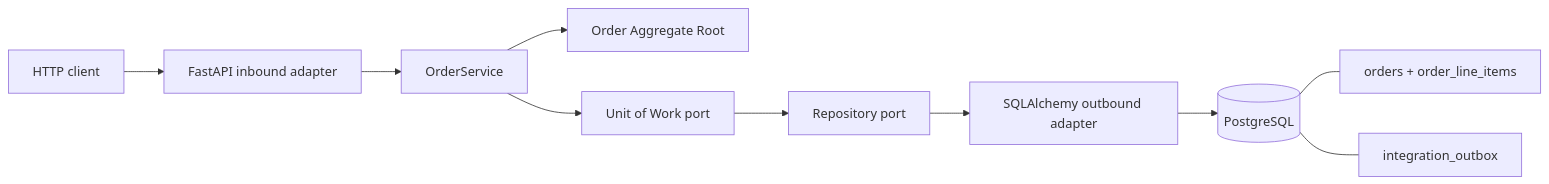
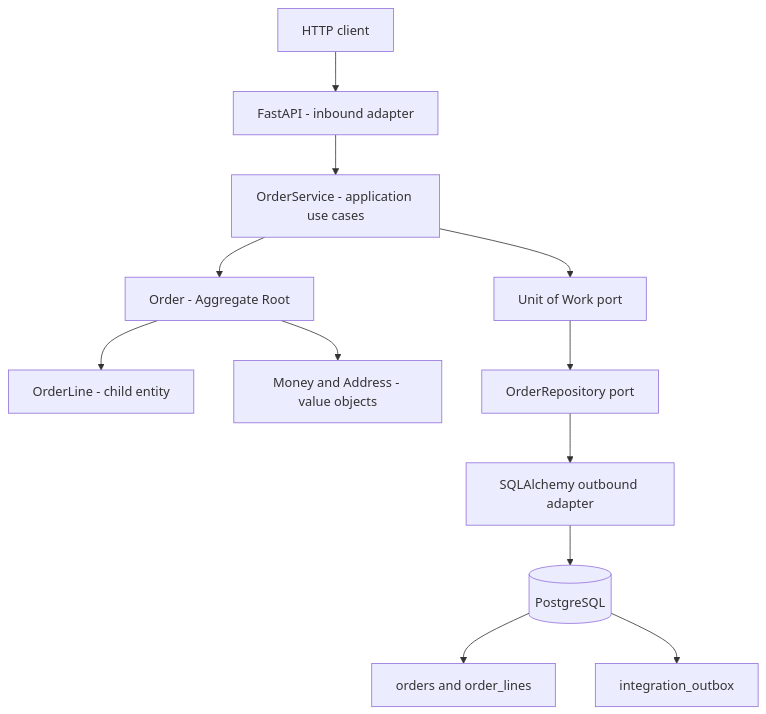
One commit to saverioieva/information-systems-design-big-data-examples changed the first of 2 diagrams in microservices-coordination-and-orchestration/ddd-aggregates/README.md. Above: the diagram before and after it, drawn with Mermaid. The commit also changed other lines of this file and 60 other files, not shown here.

````diff
--- a/microservices-coordination-and-orchestration/ddd-aggregates/README.md
+++ b/microservices-coordination-and-orchestration/ddd-aggregates/README.md
@@ -20,12 +25,14 @@
 ```mermaid
-flowchart LR
-    Client[HTTP client] --> API[FastAPI inbound adapter]
-    API --> Service[OrderService]
-    Service --> Root[Order Aggregate Root]
-    Service --> UOW[Unit of Work port]
-    UOW --> Repo[Repository port]
+flowchart TB
+    Client[HTTP client] --> API[FastAPI - inbound adapter]
+    API --> Service[OrderService - application use cases]
+    Service --> Root[Order - Aggregate Root]
+    Root --> Entity[OrderLine - child entity]
+    Root --> Values[Money and Address - value objects]
+    Service --> UoW[Unit of Work port]
+    UoW --> Repo[OrderRepository port]
     Repo --> SQL[SQLAlchemy outbound adapter]
     SQL --> DB[(PostgreSQL)]
-    DB --- State[orders + order_line_items]
-    DB --- Outbox[integration_outbox]
+    DB --> State[orders and order_lines]
+    DB --> Outbox[integration_outbox]
 ```
````
